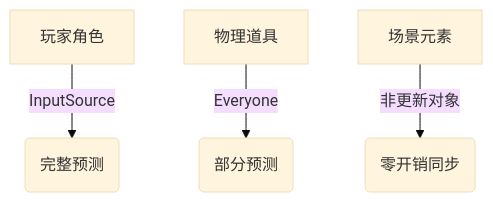
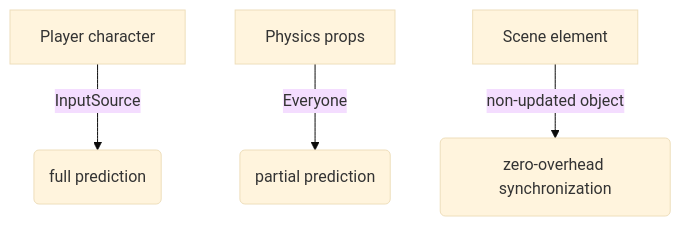
One commit to Canglangzi/NetickDocumentation changed the first of 6 diagrams in NetworkNodes/English/Netick/notion/Prediction.md. Above: the diagram before and after it, drawn with Mermaid (base theme). The commit also changed other lines of this file, not shown here.

````diff
--- a/NetworkNodes/English/Netick/notion/Prediction.md
+++ b/NetworkNodes/English/Netick/notion/Prediction.md
@@ -3,6 +1,6 @@
-```mermaid 
+```mermaid
 graph TD
-A[玩家角色] -- InputSource --> B(完整预测)
-C[物理道具] -- Everyone --> D(部分预测)
-E[场景元素] -- 非更新对象 --> F(零开销同步)
+A[Player character] -- InputSource --> B(full prediction)
+C[Physics props] -- Everyone --> D(partial prediction)
+E[Scene element] -- non-updated object --> F(zero-overhead synchronization)
 ```
````
